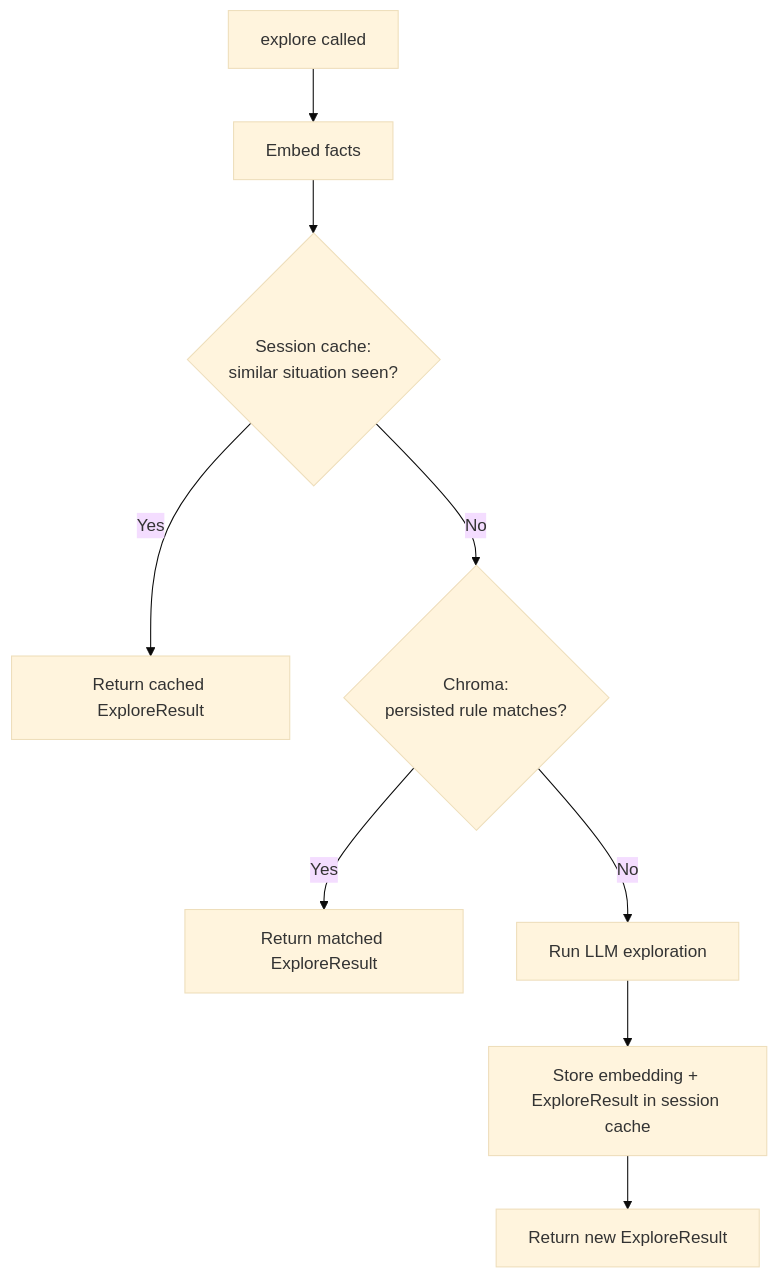
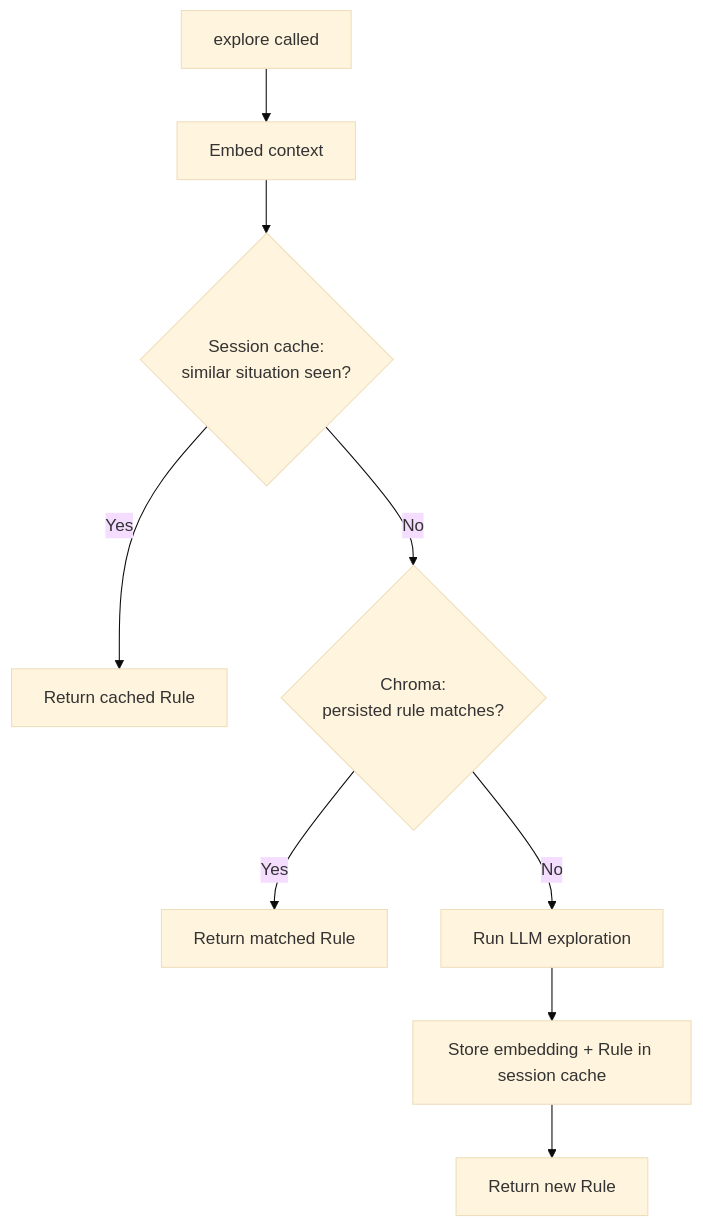
One commit to adhityaravi/theow changed the sixth of 7 diagrams in spec/pilot.md. Above: the diagram before and after it, drawn with Mermaid (base theme). The commit also changed other lines of this file and 1 other file, not shown here.

````diff
--- a/spec/pilot.md
+++ b/spec/pilot.md
@@ -594,11 +592,11 @@
 ```mermaid
 flowchart TD
-    E[explore called] --> EM[Embed facts]
+    E[explore called] --> EM[Embed context]
     EM --> SC{Session cache:<br>similar situation seen?}
-    SC -->|Yes| R[Return cached ExploreResult]
+    SC -->|Yes| R[Return cached Rule]
     SC -->|No| CH{Chroma:<br>persisted rule matches?}
-    CH -->|Yes| R2[Return matched ExploreResult]
+    CH -->|Yes| R2[Return matched Rule]
     CH -->|No| LLM[Run LLM exploration]
-    LLM --> CACHE[Store embedding + ExploreResult in session cache]
-    CACHE --> R3[Return new ExploreResult]
+    LLM --> CACHE[Store embedding + Rule in session cache]
+    CACHE --> R3[Return new Rule]
 ```
````
